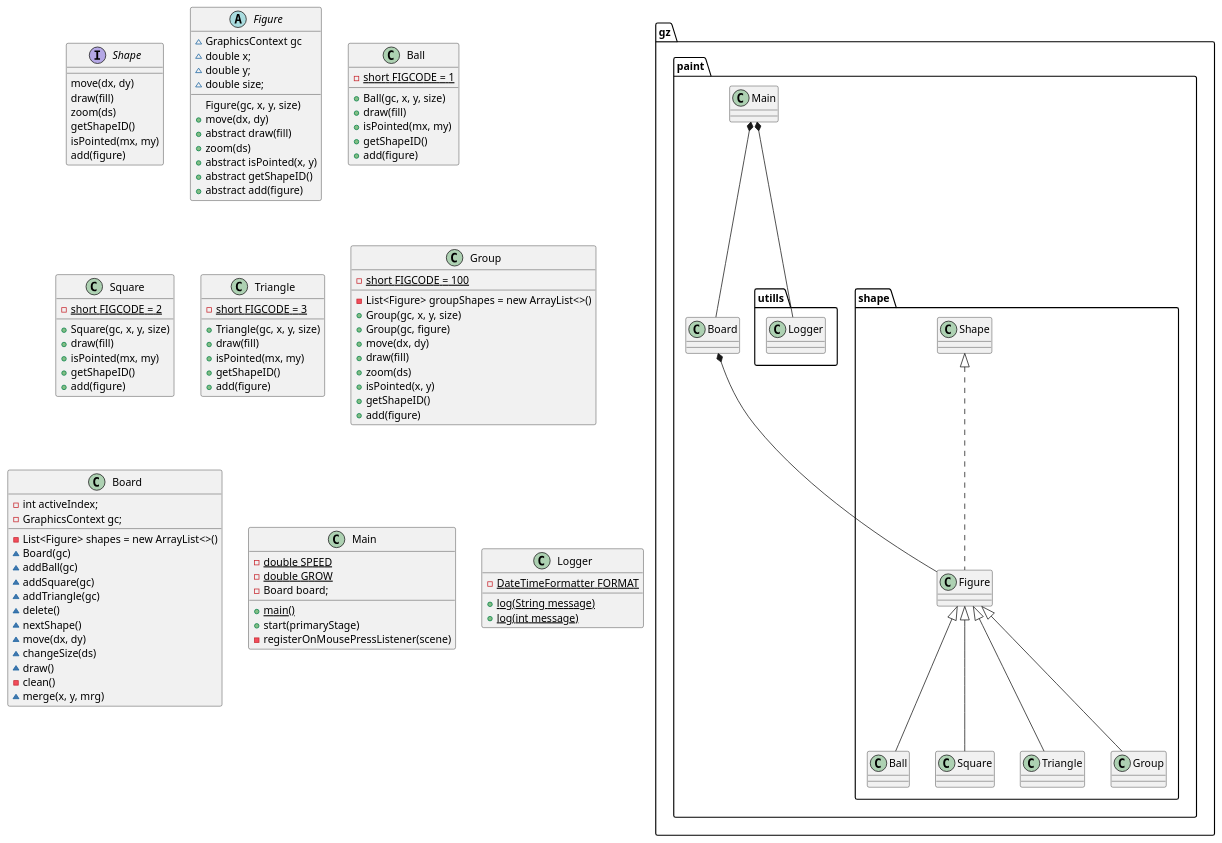
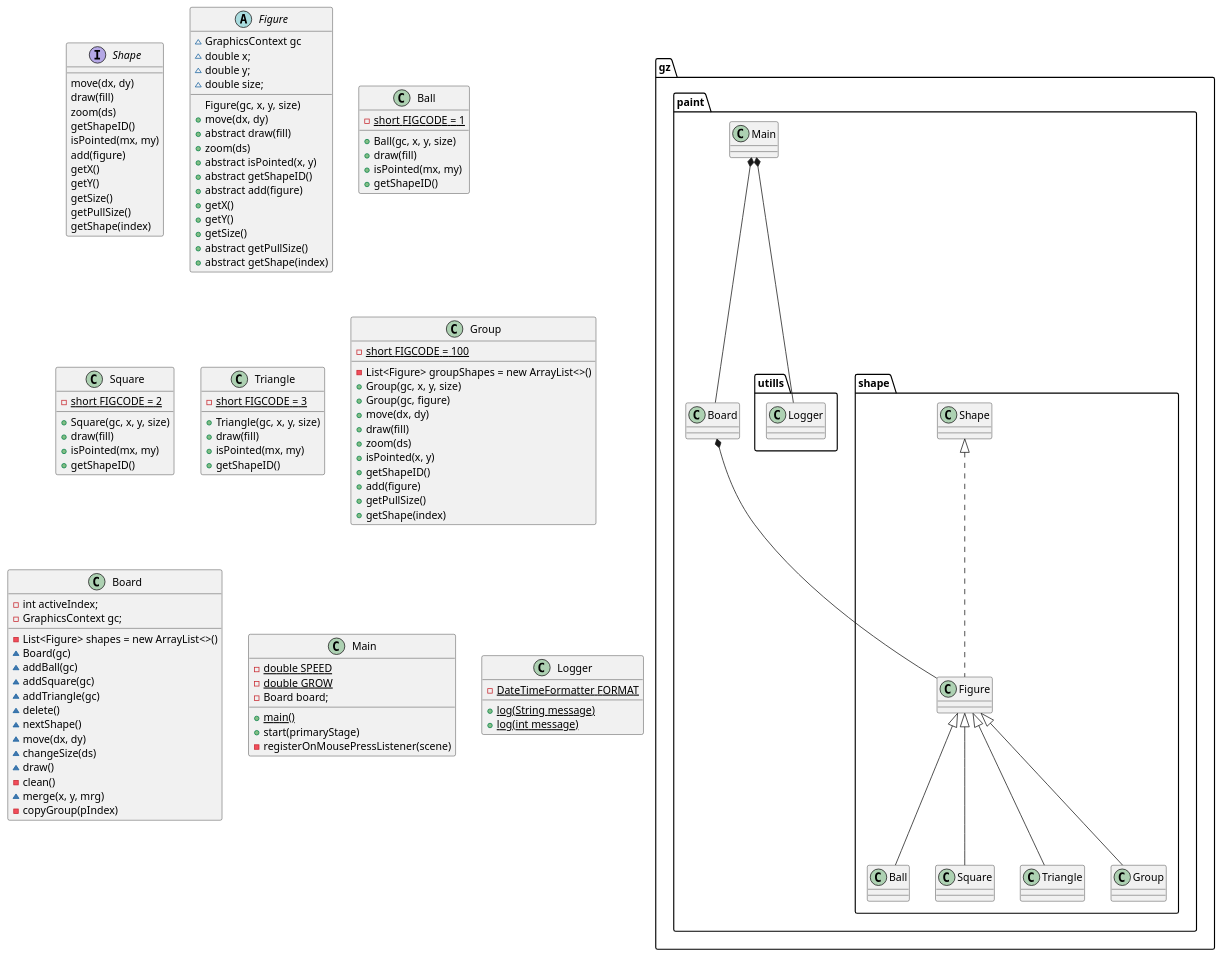
The diagram in src/gz/paint/PaintClasses.puml (glib-z/hw12_Paint), drawn with PlantUML before and after one commit. The commit also changed 10 other files, not shown here.

```diff
--- a/src/gz/paint/PaintClasses.puml
+++ b/src/gz/paint/PaintClasses.puml
@@ -1,115 +1,125 @@
 @startuml
 
 package "gz.paint" {
     Main *-- Board
     package "shape" {
         Board *-- Figure
         Shape <|.. Figure
         Figure <|-- Ball
         Figure <|-- Square
         Figure <|-- Triangle
         Figure <|-- Group
     }
     package "utills" {
         Main *-- Logger
     }
 }
 
 interface Shape {
     move(dx, dy)
     draw(fill)
     zoom(ds)
     getShapeID()
     isPointed(mx, my)
     add(figure)
+    getX()
+    getY()
+    getSize()
+    getPullSize()
+    getShape(index)
 }
 
 abstract class Figure {
     ~ GraphicsContext gc
     ~ double x;
     ~ double y;
     ~ double size;
     Figure(gc, x, y, size)
     + move(dx, dy)
     + abstract draw(fill)
     + zoom(ds)
     + abstract isPointed(x, y)
     + abstract getShapeID()
     + abstract add(figure)
+    + getX()
+    + getY()
+    + getSize()
+    + abstract getPullSize()
+    + abstract getShape(index)
 }
 
 class Ball {
     - {static} short FIGCODE = 1
     + Ball(gc, x, y, size)
     + draw(fill)
     + isPointed(mx, my)
     + getShapeID()
-    + add(figure)
 }
 
 class Square {
     - {static} short FIGCODE = 2
     + Square(gc, x, y, size)
     + draw(fill)
     + isPointed(mx, my)
     + getShapeID()
-    + add(figure)
 }
 
 class Triangle {
     - {static} short FIGCODE = 3
     + Triangle(gc, x, y, size)
     + draw(fill)
     + isPointed(mx, my)
     + getShapeID()
-    + add(figure)
 }
 
 class Group {
     - {static} short FIGCODE = 100
     - List<Figure> groupShapes = new ArrayList<>()
     + Group(gc, x, y, size)
     + Group(gc, figure)
     + move(dx, dy)
     + draw(fill)
     + zoom(ds)
     + isPointed(x, y)
     + getShapeID()
     + add(figure)
+    + getPullSize()
+    + getShape(index)
 }
 
 class Board {
     - int activeIndex;
     - GraphicsContext gc;
     - List<Figure> shapes = new ArrayList<>()
     ~ Board(gc)
     ~ addBall(gc)
     ~ addSquare(gc)
     ~ addTriangle(gc)
     ~ delete()
     ~ nextShape()
     ~ move(dx, dy)
     ~ changeSize(ds)
     ~ draw()
     - clean()
     ~ merge(x, y, mrg)
+    - copyGroup(pIndex)
 
 }
 
 class Main {
     - {static} double SPEED
     - {static} double GROW
     - Board board;
     + {static} main()
     + start(primaryStage)
     - registerOnMousePressListener(scene)
 }
 
 class Logger {
     - {static} DateTimeFormatter FORMAT
     + {static} log(String message)
     + {static} log(int message)
 
 }
 
 @enduml
```
